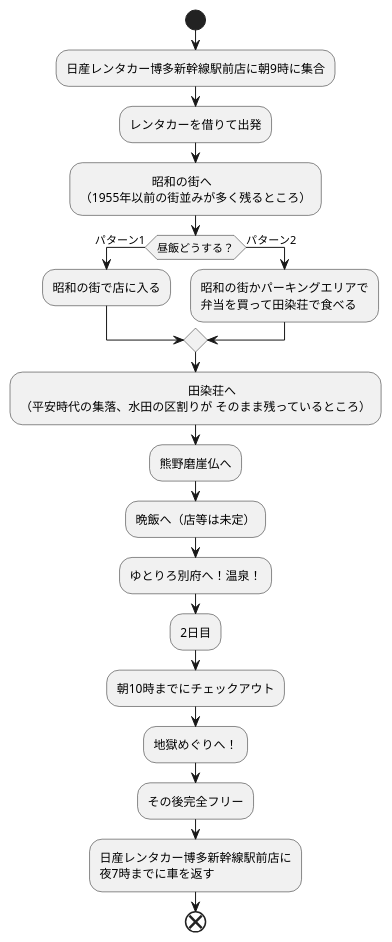
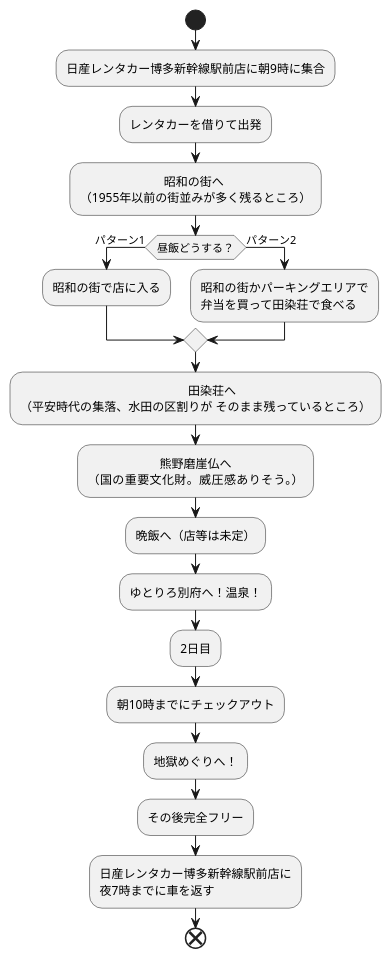
One commit to Aso2001369/2021sys-design changed the diagram in trip/trip.md. Above: the diagram before and after it, drawn with PlantUML.

````diff
--- a/trip/trip.md
+++ b/trip/trip.md
@@ -1,29 +1,30 @@
 ```uml
 @startuml
 start
 
 :日産レンタカー博多新幹線駅前店に朝9時に集合;
 :レンタカーを借りて出発;
-:　　　　　　昭和の街へ
+:　　　　　　　昭和の街へ
 （1955年以前の街並みが多く残るところ）;
 if(昼飯どうする？)then(パターン1)
 :昭和の街で店に入る;
 else(パターン2)
 :昭和の街かパーキングエリアで
 弁当を買って田染荘で食べる;
 endif
 :　　　　　　　　　　　　　　田染荘へ
 （平安時代の集落、水田の区割りが そのまま残っているところ）;
-:熊野磨崖仏へ;
+:　　　　　　熊野磨崖仏へ
+（国の重要文化財。威圧感ありそう。）;
 :晩飯へ（店等は未定）;
 :ゆとりろ別府へ！温泉！;
 :2日目;
 :朝10時までにチェックアウト;
 :地獄めぐりへ！;
 :その後完全フリー;
 :日産レンタカー博多新幹線駅前店に
 夜7時までに車を返す;
 
 end
 @enduml
 ```
````
